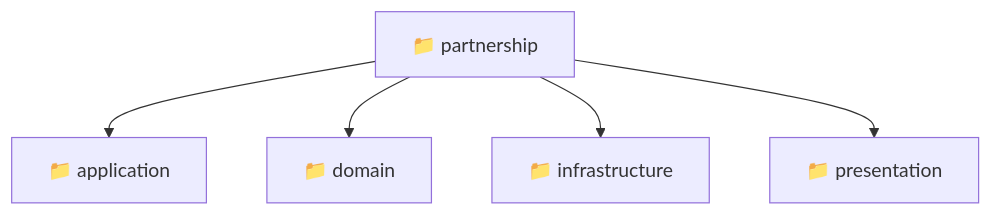
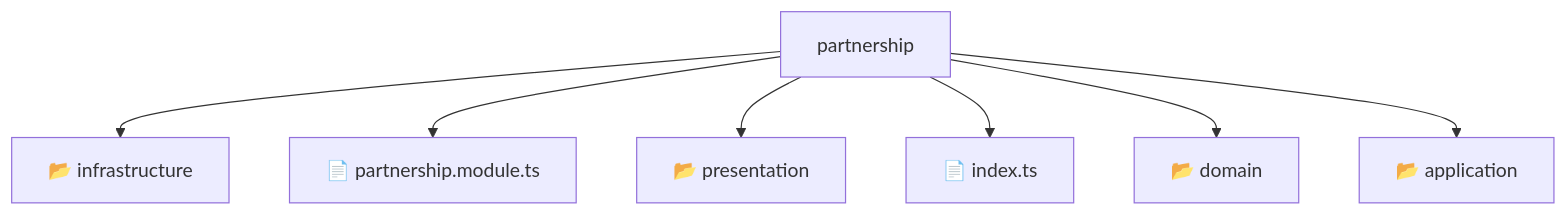
Before and after one commit to beginwebdev2002/fullstack-mavluda: the diagram in backend/src/modules/partnership/README.md, drawn with Mermaid. The commit also changed other lines of this file and 155 other files, not shown here.

````diff
--- a/backend/src/modules/partnership/README.md
+++ b/backend/src/modules/partnership/README.md
@@ -10,8 +14,10 @@
 ```mermaid
 graph TD
-  Root["📁 partnership"]
-  Root --> application["📁 application"]
-  Root --> domain["📁 domain"]
-  Root --> infrastructure["📁 infrastructure"]
-  Root --> presentation["📁 presentation"]
+    Root[partnership]
+    Root --> F0[📂 infrastructure]
+    Root --> F1[📄 partnership.module.ts]
+    Root --> F2[📂 presentation]
+    Root --> F3[📄 index.ts]
+    Root --> F4[📂 domain]
+    Root --> F5[📂 application]
 ```
````
